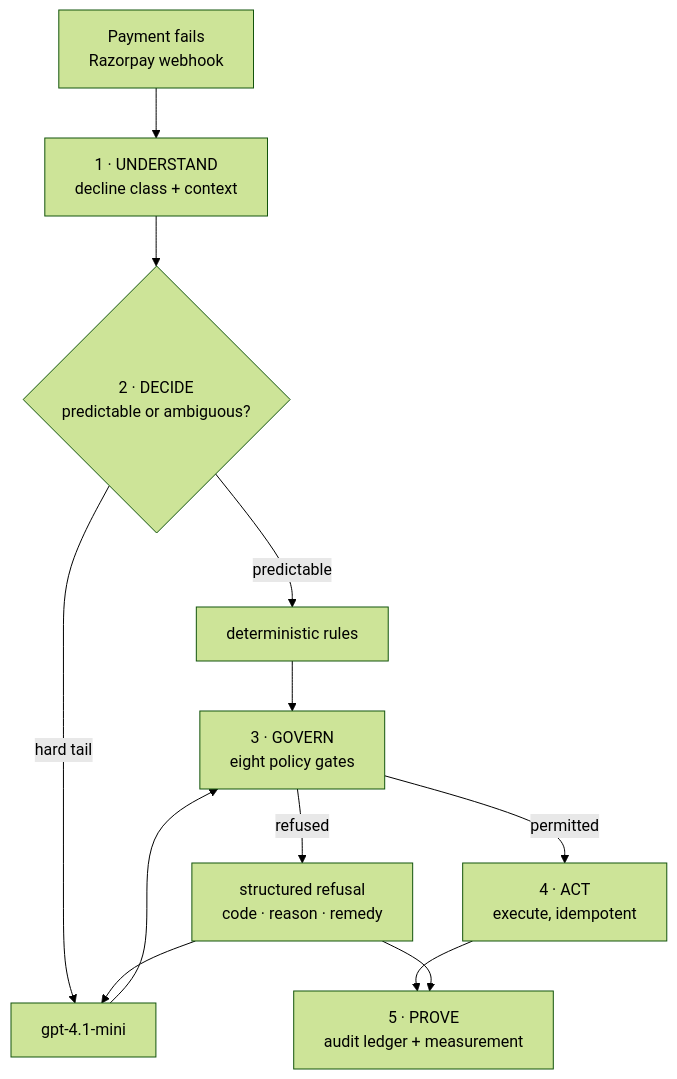
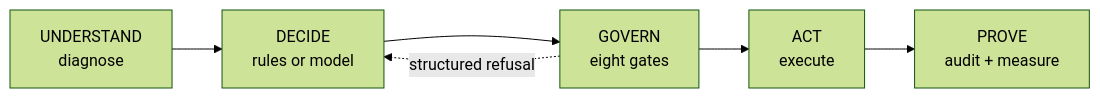
One commit to YuganshThacker/recoup changed the diagram in README.md. Above: the diagram before and after it, drawn with Mermaid (forest theme). The commit also changed other lines of this file, not shown here.

````diff
--- a/README.md
+++ b/README.md
@@ -115,14 +47,8 @@
 ```mermaid
-flowchart TD
-    A[Payment fails<br/>Razorpay webhook] --> B[1 · UNDERSTAND<br/>decline class + context]
-    B --> C{2 · DECIDE<br/>predictable or ambiguous?}
-    C -->|predictable| D[deterministic rules]
-    C -->|hard tail| E[gpt-4.1-mini]
-    D --> F[3 · GOVERN<br/>eight policy gates]
-    E --> F
-    F -->|refused| G[structured refusal<br/>code · reason · remedy]
-    G --> E
-    F -->|permitted| H[4 · ACT<br/>execute, idempotent]
-    H --> I[5 · PROVE<br/>audit ledger + measurement]
-    G --> I
+flowchart LR
+    A[UNDERSTAND<br/>diagnose] --> B[DECIDE<br/>rules or model]
+    B --> C[GOVERN<br/>eight gates]
+    C --> D[ACT<br/>execute]
+    D --> E[PROVE<br/>audit + measure]
+    C -. structured refusal .-> B
 ```
````
